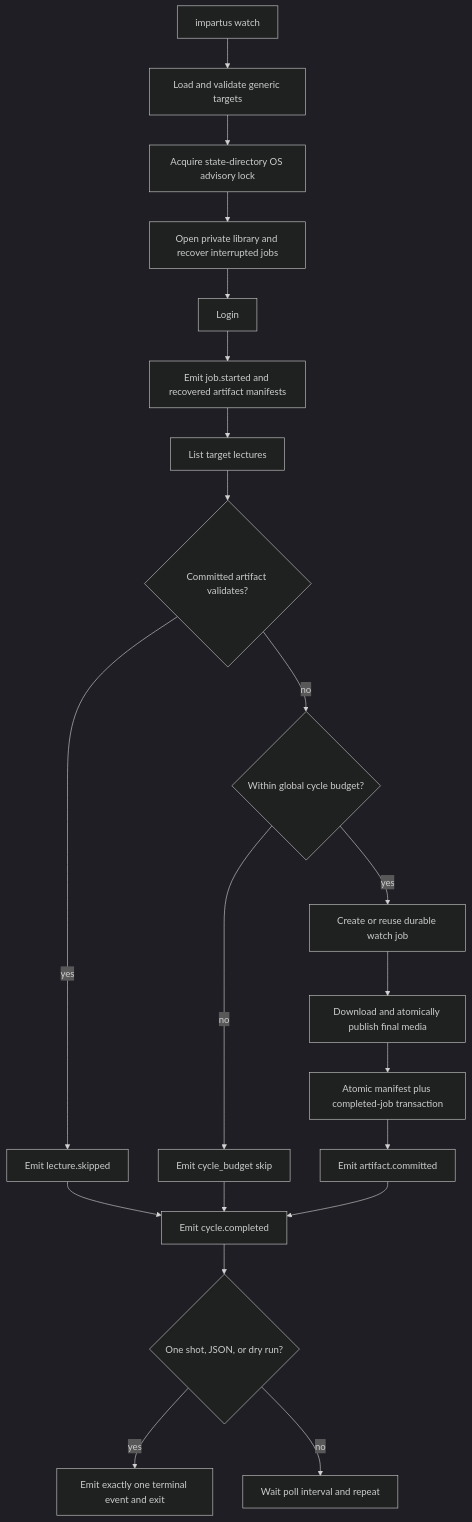
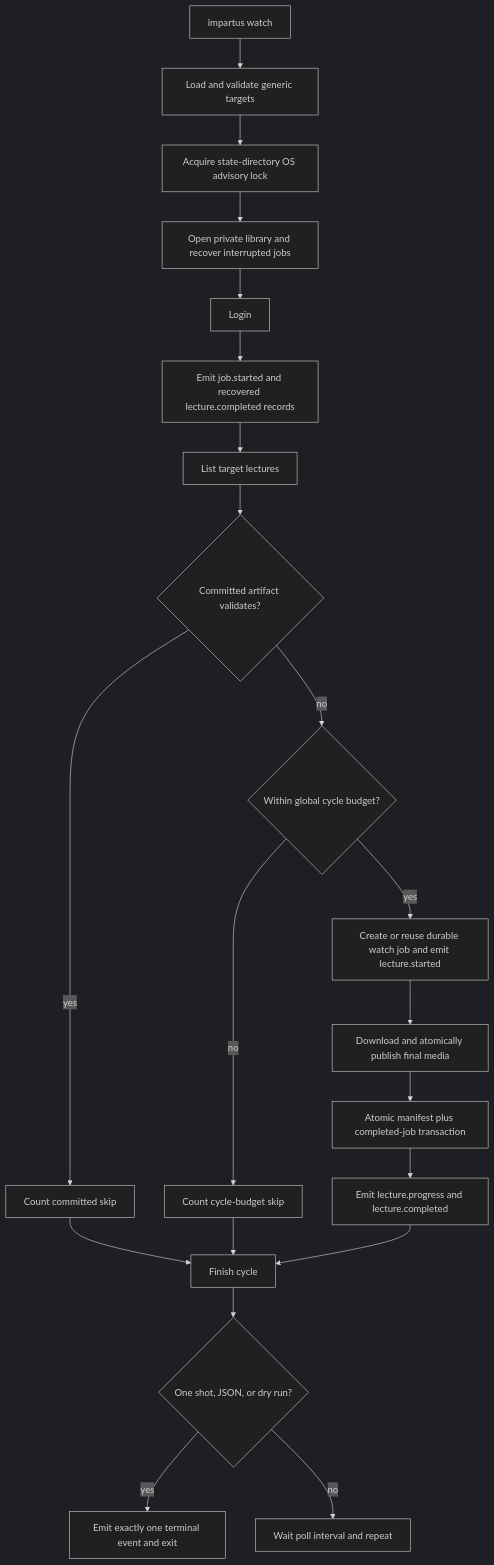
The fifth of 7 diagrams in docs/architecture.md (rabesss/impartus-cli), drawn with Mermaid (dark theme) before and after one commit. The commit also changed 7 other files, not shown here.

````diff
--- a/docs/architecture.md
+++ b/docs/architecture.md
@@ -173,23 +173,23 @@
 ```mermaid
 flowchart TD
   A[impartus watch] --> B[Load and validate generic targets]
   B --> C[Acquire state-directory OS advisory lock]
   C --> D[Open private library and recover interrupted jobs]
   D --> E[Login]
-  E --> R[Emit job.started and recovered artifact manifests]
+  E --> R[Emit job.started and recovered lecture.completed records]
   R --> S[List target lectures]
   S --> F{Committed artifact validates?}
-  F -- yes --> G[Emit lecture.skipped]
+  F -- yes --> G[Count committed skip]
   F -- no --> H{Within global cycle budget?}
-  H -- no --> I[Emit cycle_budget skip]
-  H -- yes --> J[Create or reuse durable watch job]
+  H -- no --> I[Count cycle-budget skip]
+  H -- yes --> J[Create or reuse durable watch job and emit lecture.started]
   J --> K[Download and atomically publish final media]
   K --> L[Atomic manifest plus completed-job transaction]
-  L --> M[Emit artifact.committed]
-  G --> N[Emit cycle.completed]
+  L --> M[Emit lecture.progress and lecture.completed]
+  G --> N[Finish cycle]
   I --> N
   M --> N
   N --> O{One shot, JSON, or dry run?}
   O -- yes --> P[Emit exactly one terminal event and exit]
   O -- no --> Q[Wait poll interval and repeat]
 ```
````
